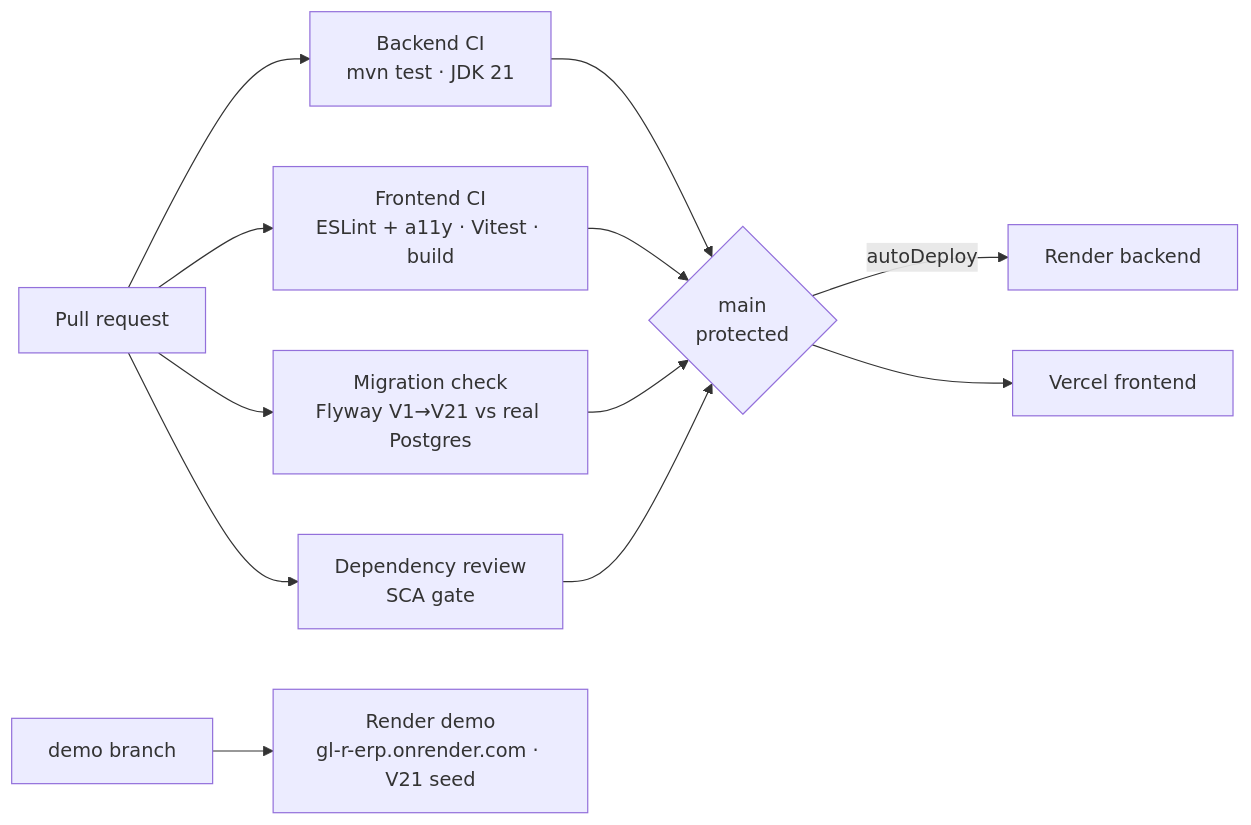
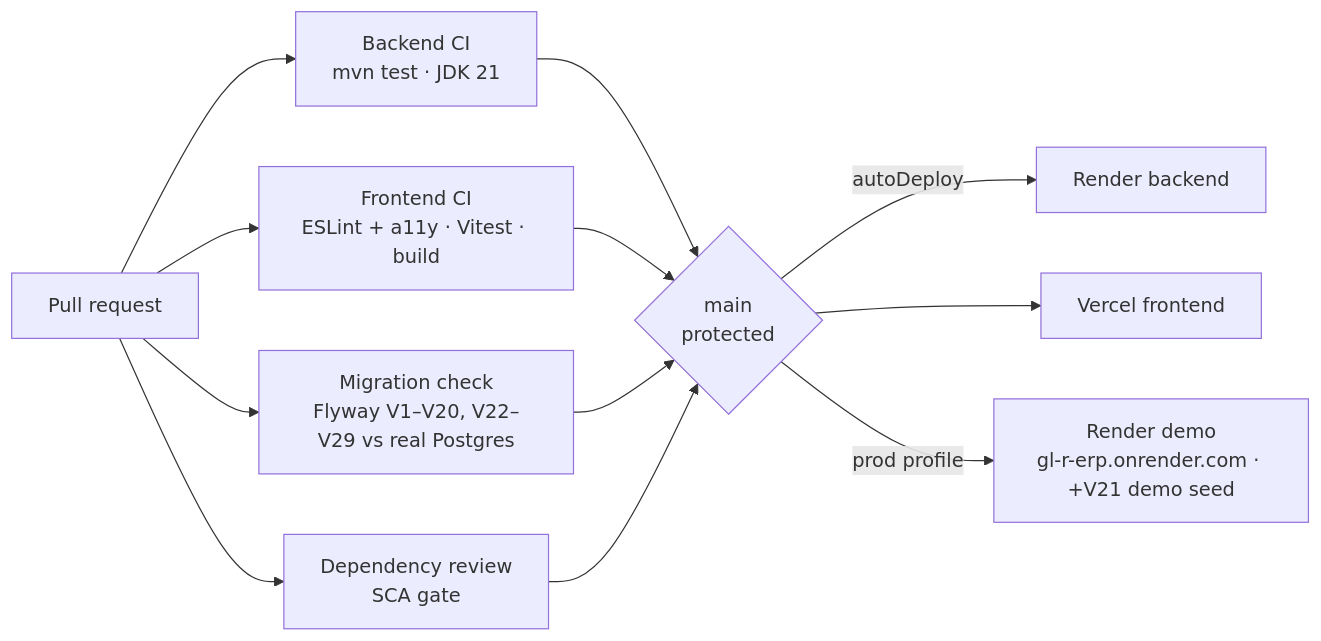
Before and after one commit to waritctd/GL-R-ERP: the third of 3 diagrams in ERP Documentation/04_Technical_Architecture.md, drawn with Mermaid. The commit also changed other lines of this file and 9 other files, not shown here.

First line of the commit message:
Fix docs to match actual schema (head V29, computed leave balances, XLSX)

````diff
--- a/ERP Documentation/04_Technical_Architecture.md
+++ b/ERP Documentation/04_Technical_Architecture.md
@@ -149,11 +149,11 @@
 ```mermaid
 flowchart LR
     PR[Pull request] --> BE[Backend CI<br/>mvn test · JDK 21]
     PR --> FE[Frontend CI<br/>ESLint + a11y · Vitest · build]
-    PR --> MIG[Migration check<br/>Flyway V1→V21 vs real Postgres]
+    PR --> MIG[Migration check<br/>Flyway V1–V20, V22–V29 vs real Postgres]
     PR --> SCA[Dependency review<br/>SCA gate]
     BE & FE & MIG & SCA --> M{main<br/>protected}
     M -->|autoDeploy| REN[Render backend]
     M --> VER[Vercel frontend]
-    DEMO[demo branch] --> REN2[Render demo<br/>gl-r-erp.onrender.com · V21 seed]
+    M -->|prod profile| REN2[Render demo<br/>gl-r-erp.onrender.com · +V21 demo seed]
 ```
````
